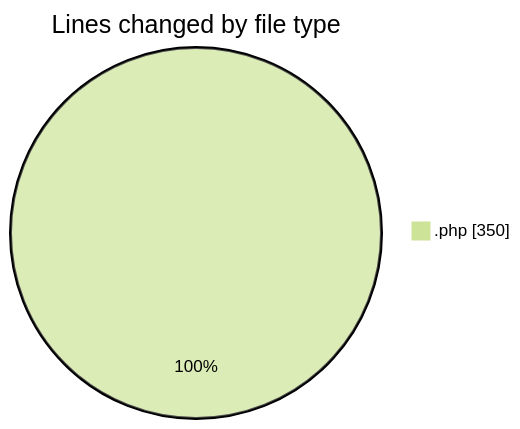
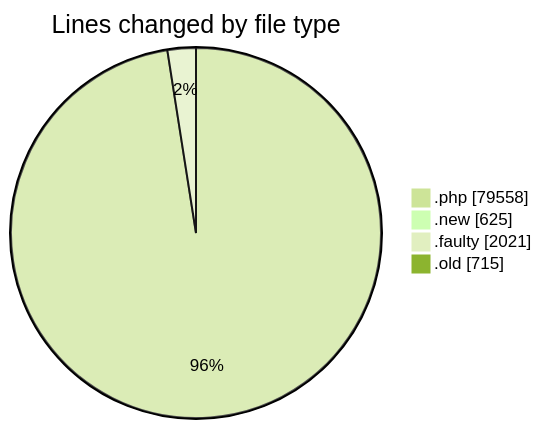
Before and after one commit to vahidmafi/code-tracking: the first of 2 diagrams in 2025-01-09/zeytoon/README.md, drawn with Mermaid (forest theme). The commit also changed other lines of this file and 1 other file, not shown here.

````diff
--- a/2025-01-09/zeytoon/README.md
+++ b/2025-01-09/zeytoon/README.md
@@ -20,5 +158,8 @@
 ```mermaid
 pie showData
 title Lines changed by file type
-".php" : 350
+".php" : 79558
+".new" : 625
+".faulty" : 2021
+".old" : 715
 ```
````
